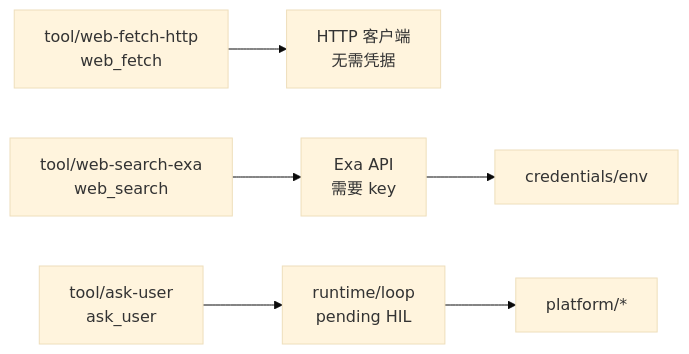
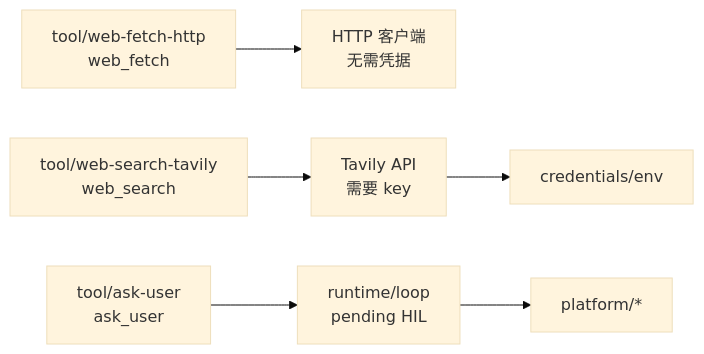
One commit to lengzhao/agentkit changed the diagram in docs/web.zh.md. Above: the diagram before and after it, drawn with Mermaid (base theme). The commit also changed other lines of this file and 32 other files, not shown here.

First line of the commit message:
默认搜索改用 Tavily，子 agent 挂载 web 工具，并完善 Langfuse 观测层级。

````diff
--- a/docs/web.zh.md
+++ b/docs/web.zh.md
@@ -20,8 +21,8 @@
 ```mermaid
 flowchart LR
   TF["tool/web-fetch-http<br/>web_fetch"] --> HTTP["HTTP 客户端<br/>无需凭据"]
-  TS["tool/web-search-exa<br/>web_search"] --> EX["Exa API<br/>需要 key"]
+  TS["tool/web-search-tavily<br/>web_search"] --> TV["Tavily API<br/>需要 key"]
   TA["tool/ask-user<br/>ask_user"] --> Loop["runtime/loop<br/>pending HIL"]
   Loop --> Platform["platform/*"]
-  EX --> CR["credentials/env"]
+  TV --> CR["credentials/env"]
 ```
````
